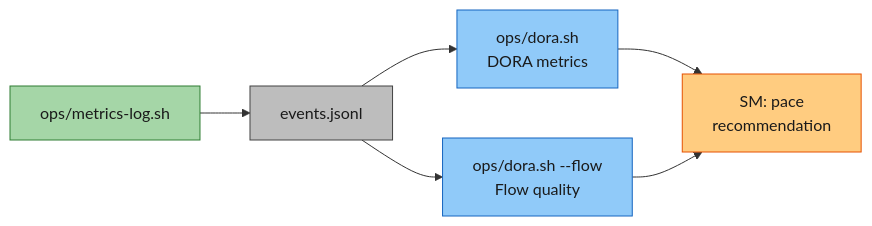
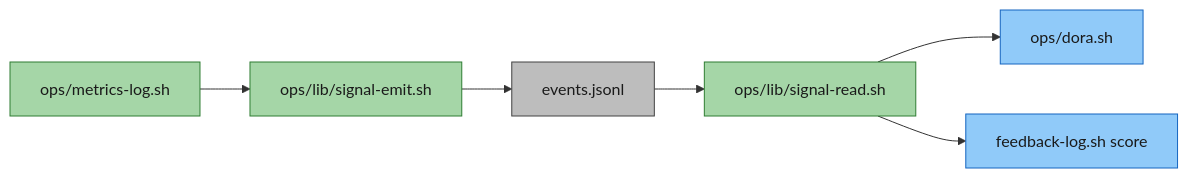
One commit to rdunie/venutian-antfarm changed the fourth of 5 diagrams in README.md. Above: the diagram before and after it, drawn with Mermaid. The commit also changed other lines of this file, not shown here.

````diff
--- a/README.md
+++ b/README.md
@@ -203,14 +203,15 @@
 ```mermaid
 flowchart LR
-    LOG["ops/metrics-log.sh"] --> JSONL["events.jsonl"]
-    JSONL --> DORA["ops/dora.sh\nDORA metrics"]
-    JSONL --> FLOW["ops/dora.sh --flow\nFlow quality"]
-    DORA --> PACE["SM: pace\nrecommendation"]
-    FLOW --> PACE
+    EMIT["ops/lib/signal-emit.sh"] --> JSONL["events.jsonl"]
+    LOG["ops/metrics-log.sh"] --> EMIT
+    JSONL --> READ["ops/lib/signal-read.sh"]
+    READ --> DORA["ops/dora.sh"]
+    READ --> SCORE["feedback-log.sh score"]
 
+    style EMIT fill:#a5d6a7,stroke:#2e7d32,color:#1a1a1a
     style LOG fill:#a5d6a7,stroke:#2e7d32,color:#1a1a1a
     style JSONL fill:#bdbdbd,stroke:#424242,color:#1a1a1a
+    style READ fill:#a5d6a7,stroke:#2e7d32,color:#1a1a1a
     style DORA fill:#90caf9,stroke:#1565c0,color:#1a1a1a
-    style FLOW fill:#90caf9,stroke:#1565c0,color:#1a1a1a
-    style PACE fill:#ffcc80,stroke:#e65100,color:#1a1a1a
+    style SCORE fill:#90caf9,stroke:#1565c0,color:#1a1a1a
 ```
````
